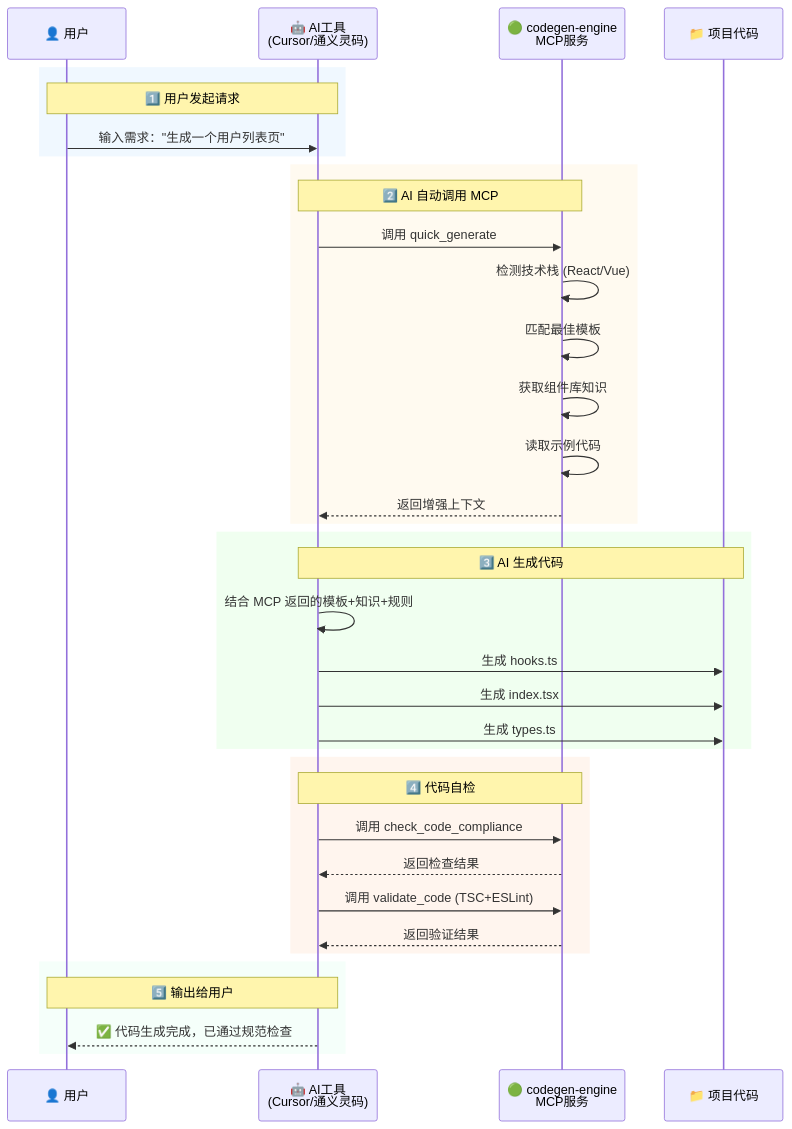
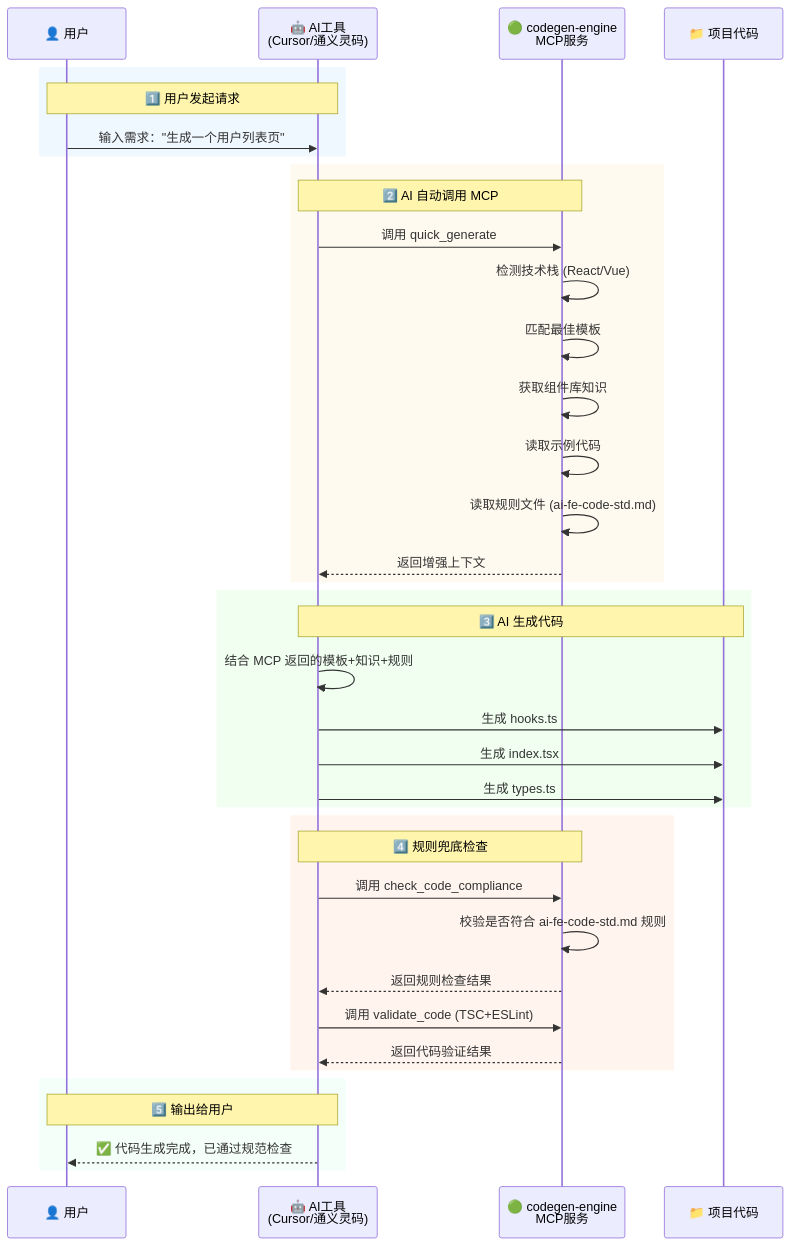
One commit to xiaoniuge36/codegen-engine-mcp changed the second of 5 diagrams in 🤖AI驱动的B端页面开发指南（MCP版）.md. Above: the diagram before and after it, drawn with Mermaid.

Commit message:
docs: add rule fallback check to MCP workflow diagram

````diff
--- a/🤖AI驱动的B端页面开发指南（MCP版）.md
+++ b/🤖AI驱动的B端页面开发指南（MCP版）.md
@@ -99,43 +99,45 @@
 ```mermaid
 sequenceDiagram
     participant U as 👤 用户
     participant AI as 🤖 AI工具<br/>(Cursor/通义灵码)
     participant MCP as 🟢 codegen-engine<br/>MCP服务
     participant Code as 📁 项目代码
 
     rect rgb(240, 248, 255)
         Note over U,AI: 1️⃣ 用户发起请求
         U->>AI: 输入需求："生成一个用户列表页"
     end
 
     rect rgb(255, 250, 240)
         Note over AI,MCP: 2️⃣ AI 自动调用 MCP
         AI->>MCP: 调用 quick_generate
         MCP->>MCP: 检测技术栈 (React/Vue)
         MCP->>MCP: 匹配最佳模板
         MCP->>MCP: 获取组件库知识
         MCP->>MCP: 读取示例代码
+        MCP->>MCP: 读取规则文件 (ai-fe-code-std.md)
         MCP-->>AI: 返回增强上下文
     end
 
     rect rgb(240, 255, 240)
         Note over AI,Code: 3️⃣ AI 生成代码
         AI->>AI: 结合 MCP 返回的模板+知识+规则
         AI->>Code: 生成 hooks.ts
         AI->>Code: 生成 index.tsx
         AI->>Code: 生成 types.ts
     end
 
     rect rgb(255, 245, 238)
-        Note over AI,MCP: 4️⃣ 代码自检
+        Note over AI,MCP: 4️⃣ 规则兜底检查
         AI->>MCP: 调用 check_code_compliance
-        MCP-->>AI: 返回检查结果
+        MCP->>MCP: 校验是否符合 ai-fe-code-std.md 规则
+        MCP-->>AI: 返回规则检查结果
         AI->>MCP: 调用 validate_code (TSC+ESLint)
-        MCP-->>AI: 返回验证结果
+        MCP-->>AI: 返回代码验证结果
     end
 
     rect rgb(245, 255, 250)
         Note over U,AI: 5️⃣ 输出给用户
         AI-->>U: ✅ 代码生成完成，已通过规范检查
     end
 ```
````
